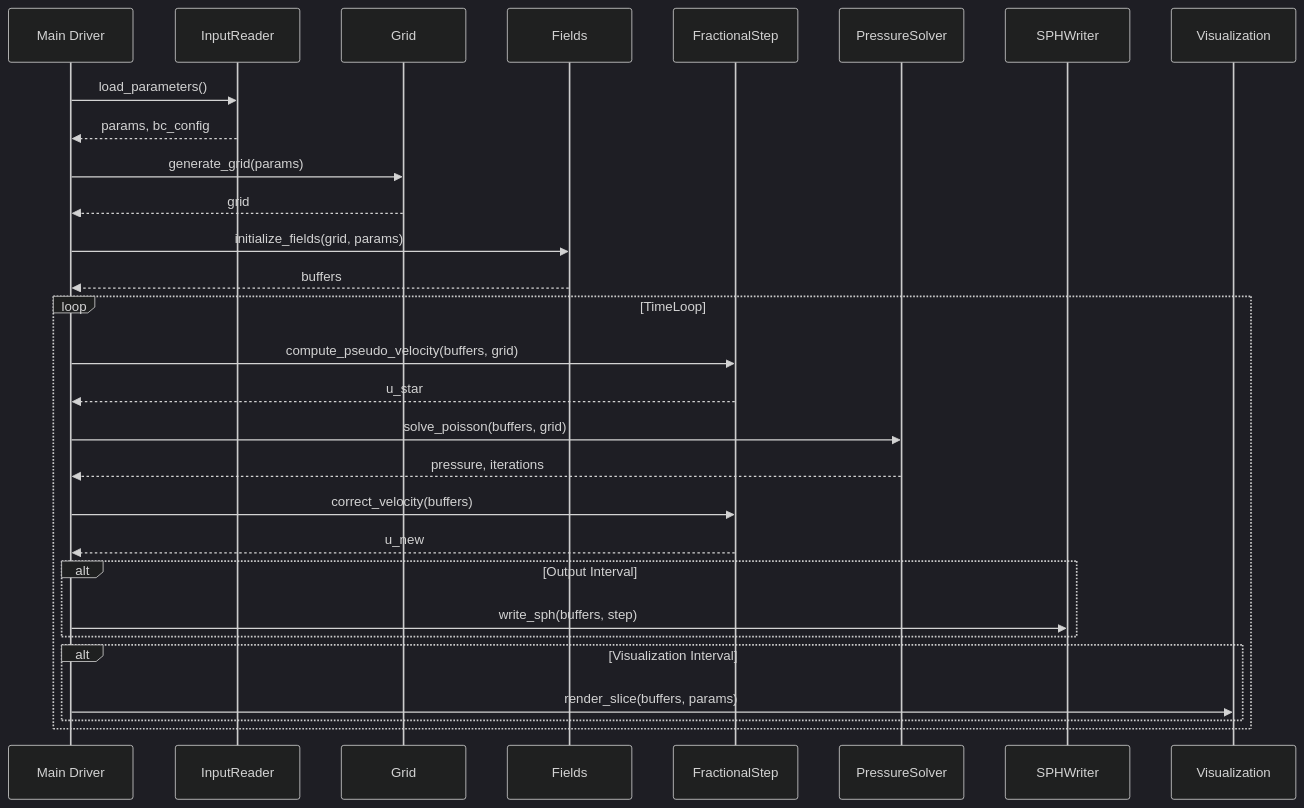
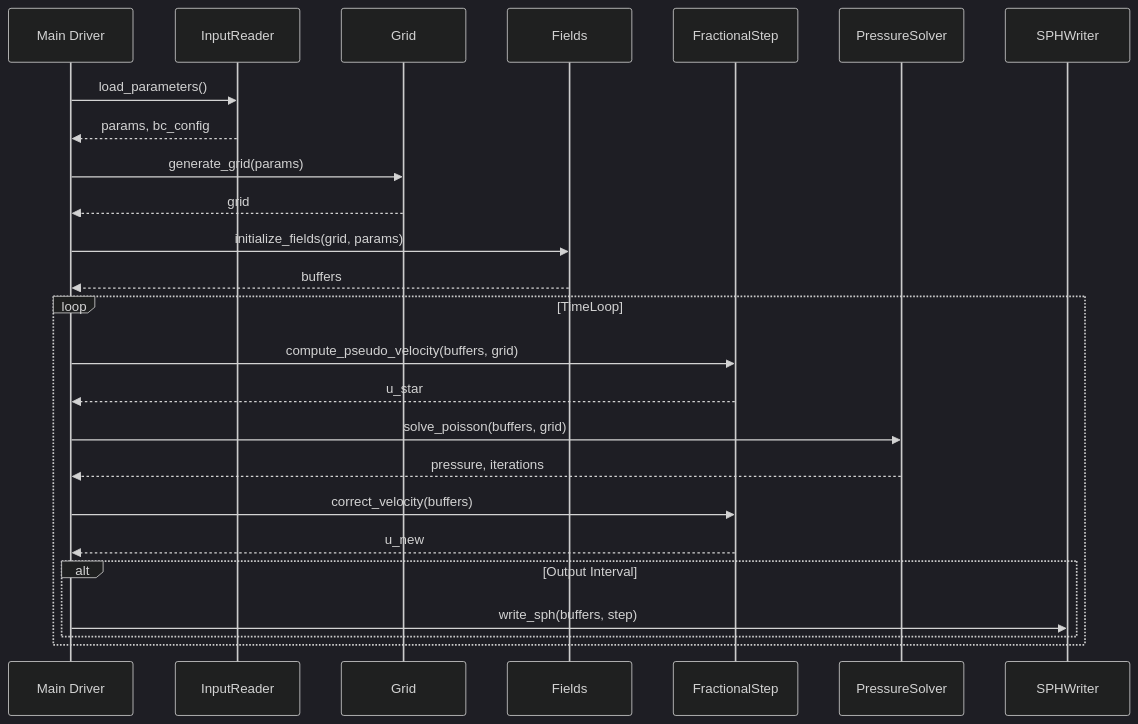
The second of 4 diagrams in .kiro/specs/cleanroom-simulator/design.md (kenoogl/CleanRoom), drawn with Mermaid (dark theme) before and after one commit. The commit also changed other lines of this file and 21 other files, not shown here.

````diff
--- a/.kiro/specs/cleanroom-simulator/design.md
+++ b/.kiro/specs/cleanroom-simulator/design.md
@@ -147,34 +122,30 @@
 ```mermaid
 sequenceDiagram
     participant Main as Main Driver
     participant IO as InputReader
     participant Grid as Grid
     participant Fields as Fields
     participant FracStep as FractionalStep
     participant Pressure as PressureSolver
     participant Output as SPHWriter
-    participant Viz as Visualization
 
     Main->>IO: load_parameters()
     IO-->>Main: params, bc_config
     Main->>Grid: generate_grid(params)
     Grid-->>Main: grid
     Main->>Fields: initialize_fields(grid, params)
     Fields-->>Main: buffers
 
     loop TimeLoop
         Main->>FracStep: compute_pseudo_velocity(buffers, grid)
         FracStep-->>Main: u_star
         Main->>Pressure: solve_poisson(buffers, grid)
         Pressure-->>Main: pressure, iterations
         Main->>FracStep: correct_velocity(buffers)
         FracStep-->>Main: u_new
 
         alt Output Interval
             Main->>Output: write_sph(buffers, step)
         end
-        alt Visualization Interval
-            Main->>Viz: render_slice(buffers, params)
-        end
     end
 ```
````
